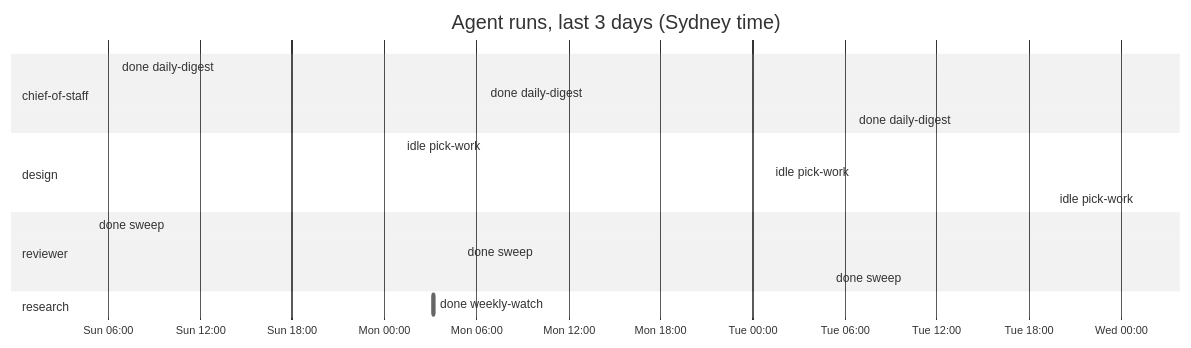
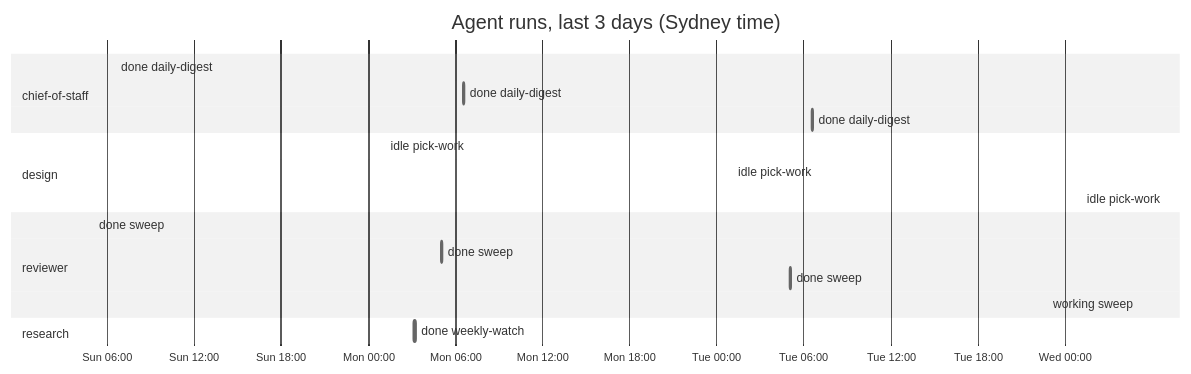
One commit to roulmediateam-byte/fifteen-expert-hq changed the diagram in dashboard.md. Above: the diagram before and after it, drawn with Mermaid (neutral theme). The commit also changed other lines of this file and 1 other file, not shown here.

````diff
--- a/dashboard.md
+++ b/dashboard.md
@@ -52,20 +52,21 @@
 ```mermaid
 gantt
     title Agent runs, last 3 days (Sydney time)
     dateFormat YYYY-MM-DD HH:mm
     axisFormat %a %H:%M
     section chief-of-staff
     done daily-digest :done, 2026-11-22 06:34, 2026-11-22 06:36
     done daily-digest :done, 2026-11-23 06:35, 2026-11-23 06:36
     done daily-digest :done, 2026-11-24 06:35, 2026-11-24 06:37
     section design
     idle pick-work :done, 2026-11-23 01:08, 2026-11-23 01:09
     idle pick-work :done, 2026-11-24 01:09, 2026-11-24 01:09
     idle pick-work :done, 2026-11-25 01:09, 2026-11-25 01:09
     section reviewer
     done sweep :done, 2026-11-22 05:05, 2026-11-22 05:06
     done sweep :done, 2026-11-23 05:04, 2026-11-23 05:06
     done sweep :done, 2026-11-24 05:05, 2026-11-24 05:06
+    working sweep :active, 2026-11-25 05:04, 2026-11-25 05:05
     section research
     done weekly-watch :done, 2026-11-23 03:10, 2026-11-23 03:17
 ```
````
